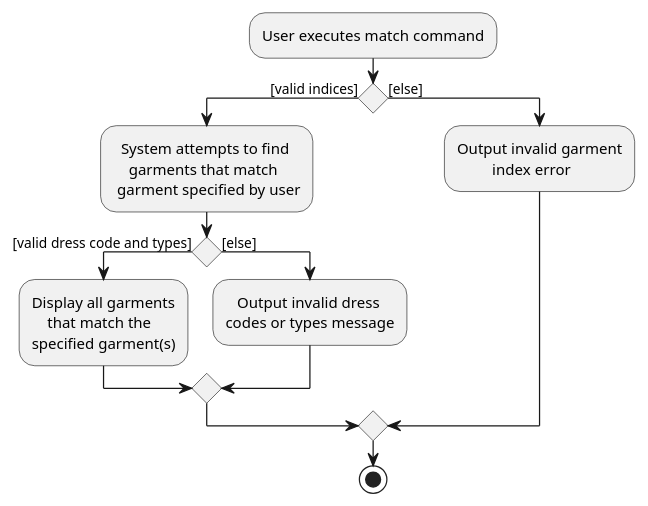
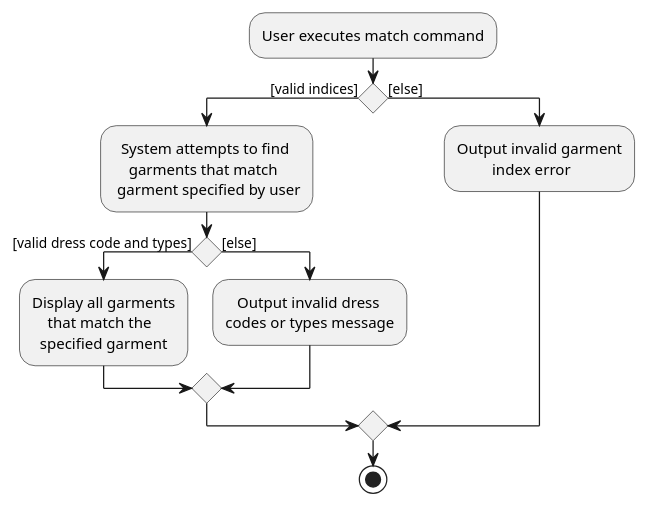
The diagram in docs/diagrams/MatchActivityDiagram.puml (nus-cs2103-AY2021S2/tp), drawn with PlantUML before and after one commit. The commit also changed 3 other files, not shown here.

Commit message:
Add activity and sequence diagrams to developer guide

```diff
--- a/docs/diagrams/MatchActivityDiagram.puml
+++ b/docs/diagrams/MatchActivityDiagram.puml
@@ -1,25 +1,25 @@
 @startuml
 :User executes match command;
 
 if () then ([valid indices])
     :  System attempts to find
         garments that match
      garment specified by user;
 
 if () then ([valid dress code and types])
     :Display all garments
         that match the
-    specified garment(s);
+      specified garment;
 
 else ([else])
     :   Output invalid dress
     codes or types message;
 endif
 
 else ([else])
     :Output invalid garment
              index error;
 endif
 
 stop
 @enduml
```
